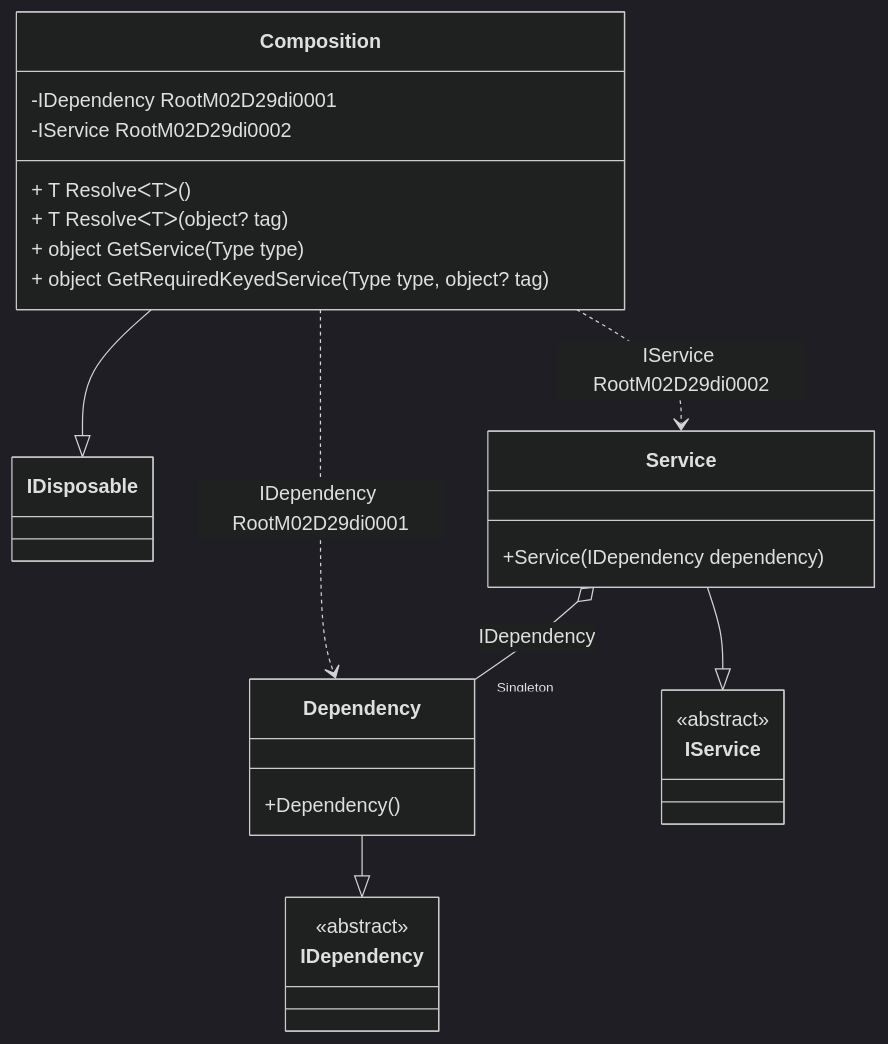
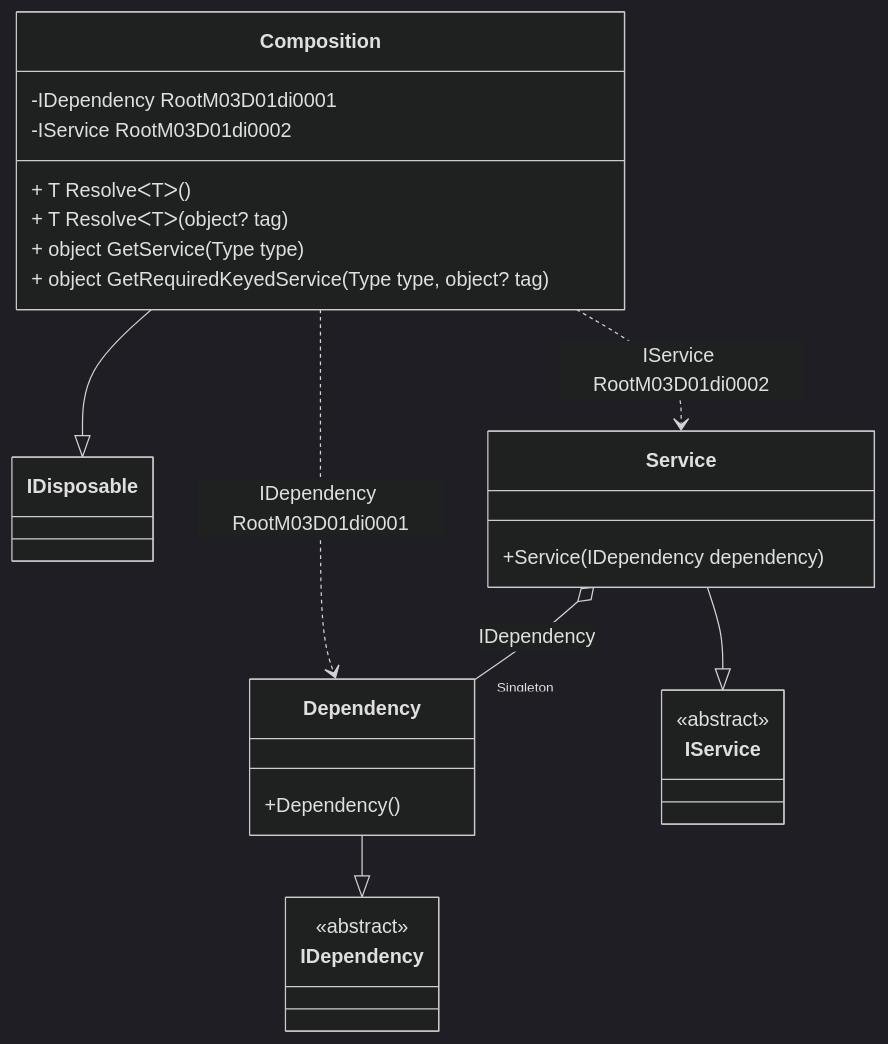
The diagram in readme/service-provider-with-scope.md (DevTeam/Pure.DI), drawn with Mermaid (dark theme) before and after one commit. The commit also changed 36 other files, not shown here.

````diff
--- a/readme/service-provider-with-scope.md
+++ b/readme/service-provider-with-scope.md
@@ -73,29 +73,29 @@
 ```mermaid
 classDiagram
   class Composition {
-    -IDependency RootM02D29di0001
-    -IService RootM02D29di0002
+    -IDependency RootM03D01di0001
+    -IService RootM03D01di0002
     + T ResolveᐸTᐳ()
     + T ResolveᐸTᐳ(object? tag)
     + object GetService(Type type)
     + object GetRequiredKeyedService(Type type, object? tag)
   }
   Composition --|> IDisposable
   Dependency --|> IDependency : 
   class Dependency {
     +Dependency()
   }
   Service --|> IService : 
   class Service {
     +Service(IDependency dependency)
   }
   class IDependency {
     <<abstract>>
   }
   class IService {
     <<abstract>>
   }
   Service o--  "Singleton" Dependency : IDependency
-  Composition ..> Dependency : IDependency RootM02D29di0001
-  Composition ..> Service : IService RootM02D29di0002
+  Composition ..> Dependency : IDependency RootM03D01di0001
+  Composition ..> Service : IService RootM03D01di0002
 ```
````
